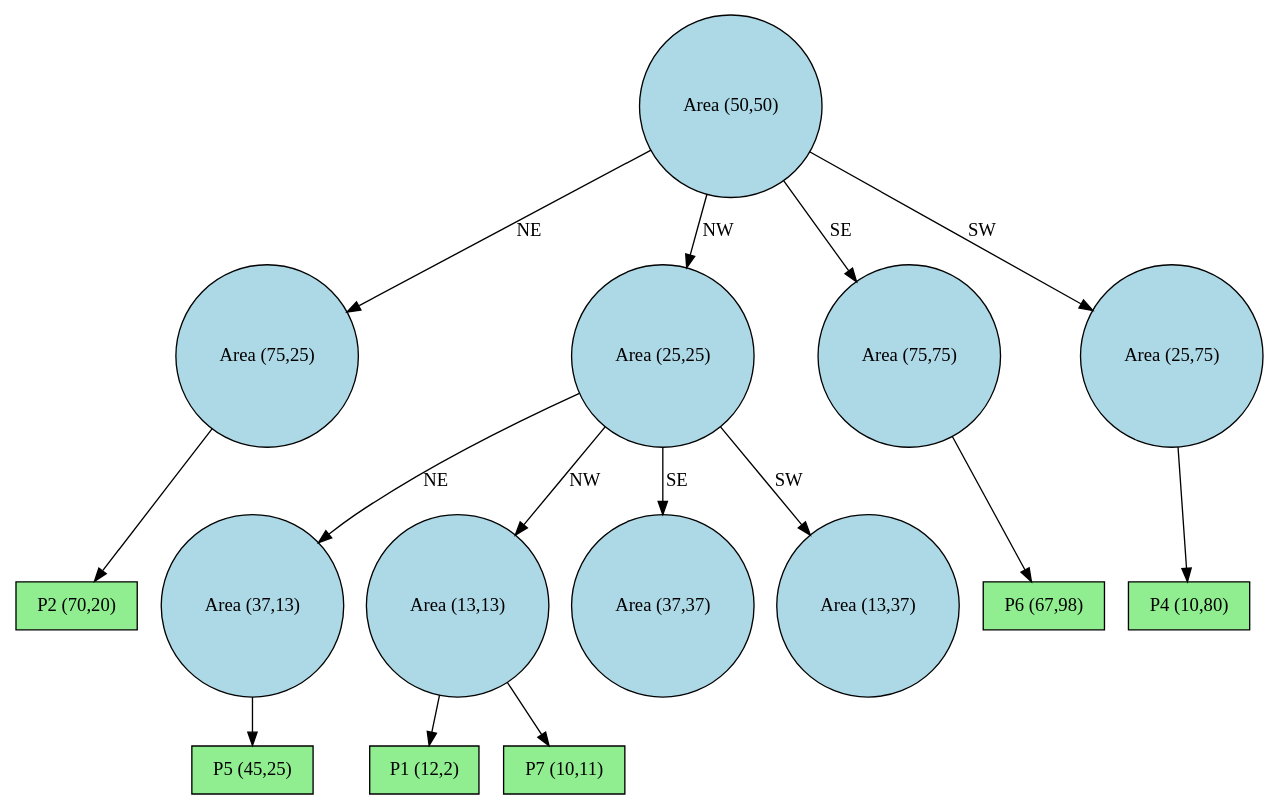
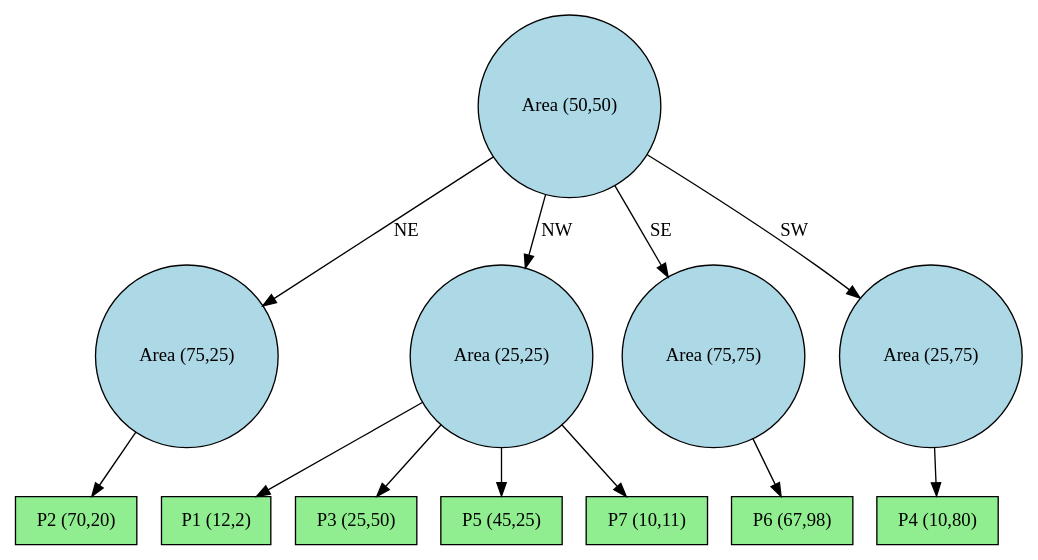
Before and after one commit to ParasyteGS/Proyecto-Final-Algoritmos: the diagram in quadtree_proyect.dot, drawn with Graphviz. The commit also changed 4 other files, not shown here.

```diff
--- a/quadtree_proyect.dot
+++ b/quadtree_proyect.dot
@@ -1,31 +1,25 @@
 digraph QuadTree {
 node0 [label="Area (50,50)", shape=circle, style=filled, fillcolor=lightblue];
 node1 [label="Area (75,25)", shape=circle, style=filled, fillcolor=lightblue];
-node9 [label="P2 (70,20)", shape=box, style=filled, fillcolor=lightgreen];
-node1 -> node9;
+node5 [label="P2 (70,20)", shape=box, style=filled, fillcolor=lightgreen];
+node1 -> node5;
 node2 [label="Area (25,25)", shape=circle, style=filled, fillcolor=lightblue];
-node5 [label="Area (37,13)", shape=circle, style=filled, fillcolor=lightblue];
-node10 [label="P5 (45,25)", shape=box, style=filled, fillcolor=lightgreen];
-node5 -> node10;
-node6 [label="Area (13,13)", shape=circle, style=filled, fillcolor=lightblue];
-node11 [label="P1 (12,2)", shape=box, style=filled, fillcolor=lightgreen];
-node6 -> node11;
-node12 [label="P7 (10,11)", shape=box, style=filled, fillcolor=lightgreen];
-node6 -> node12;
-node7 [label="Area (37,37)", shape=circle, style=filled, fillcolor=lightblue];
-node8 [label="Area (13,37)", shape=circle, style=filled, fillcolor=lightblue];
-node2 -> node5 [label="NE"];
-node2 -> node6 [label="NW"];
-node2 -> node7 [label="SE"];
-node2 -> node8 [label="SW"];
+node6 [label="P1 (12,2)", shape=box, style=filled, fillcolor=lightgreen];
+node2 -> node6;
+node7 [label="P3 (25,50)", shape=box, style=filled, fillcolor=lightgreen];
+node2 -> node7;
+node8 [label="P5 (45,25)", shape=box, style=filled, fillcolor=lightgreen];
+node2 -> node8;
+node9 [label="P7 (10,11)", shape=box, style=filled, fillcolor=lightgreen];
+node2 -> node9;
 node3 [label="Area (75,75)", shape=circle, style=filled, fillcolor=lightblue];
-node13 [label="P6 (67,98)", shape=box, style=filled, fillcolor=lightgreen];
-node3 -> node13;
+node10 [label="P6 (67,98)", shape=box, style=filled, fillcolor=lightgreen];
+node3 -> node10;
 node4 [label="Area (25,75)", shape=circle, style=filled, fillcolor=lightblue];
-node14 [label="P4 (10,80)", shape=box, style=filled, fillcolor=lightgreen];
-node4 -> node14;
+node11 [label="P4 (10,80)", shape=box, style=filled, fillcolor=lightgreen];
+node4 -> node11;
 node0 -> node1 [label="NE"];
 node0 -> node2 [label="NW"];
 node0 -> node3 [label="SE"];
 node0 -> node4 [label="SW"];
 }
```
